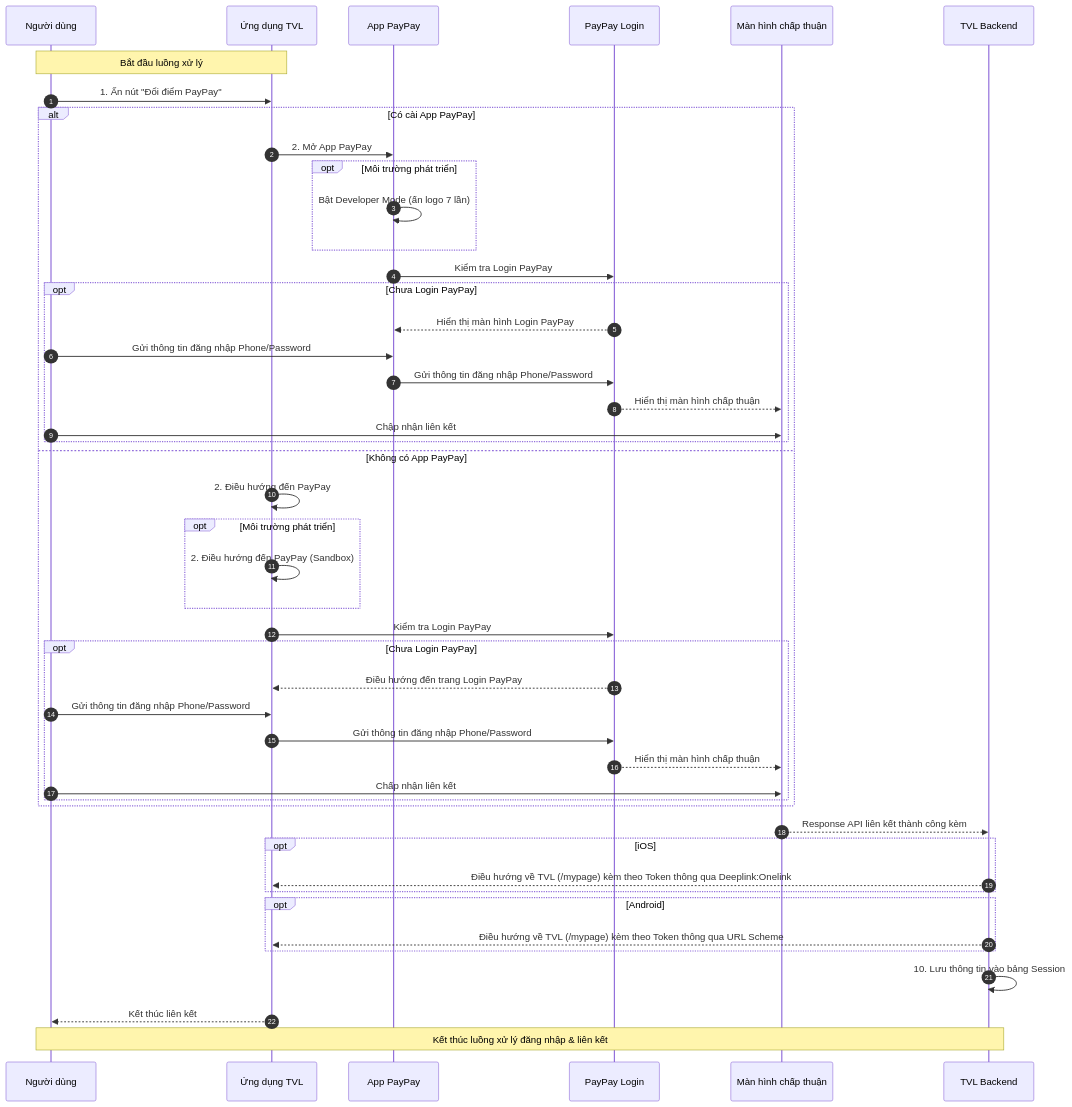
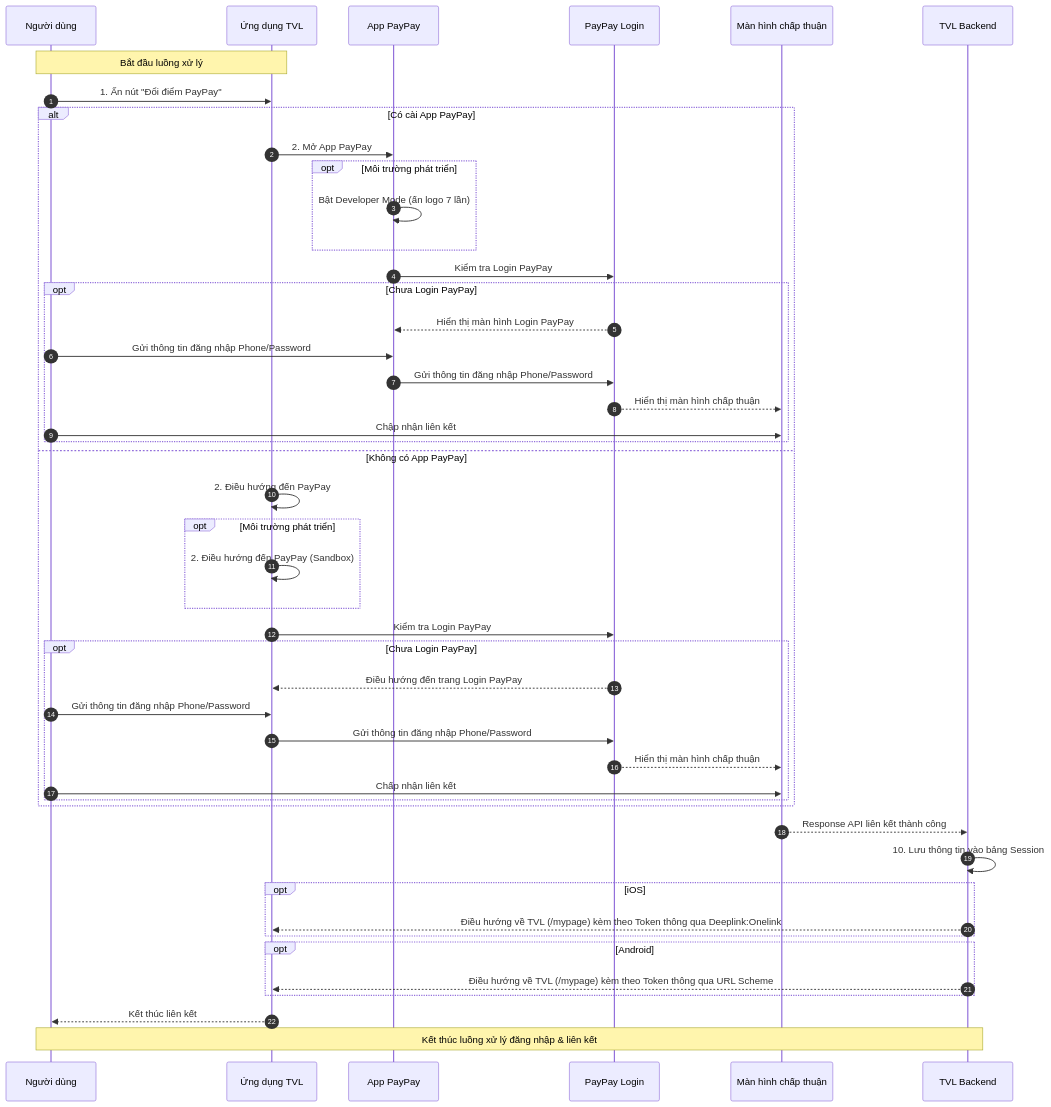
One commit to tuanvh262-zigexn/apw_documents changed the diagram in docs/points_exchange/paypay/[DOC]_paypay_login.md. Above: the diagram before and after it, drawn with Mermaid.

Commit message:
update step

````diff
--- a/docs/points_exchange/paypay/[DOC]_paypay_login.md
+++ b/docs/points_exchange/paypay/[DOC]_paypay_login.md
@@ -77,63 +77,66 @@
 ```mermaid
 sequenceDiagram
   autonumber
   participant User as Người dùng
   participant TVLApp as Ứng dụng TVL
   participant PayPayApp as App PayPay
   participant PayPayLogin as PayPay Login
   participant Consent as Màn hình chấp thuận
   participant TVLBE as TVL Backend
 
   Note over User,TVLApp: Bắt đầu luồng xử lý
 
   User->>TVLApp: 1. Ấn nút "Đổi điểm PayPay"
   alt Có cài App PayPay
     TVLApp->>PayPayApp: 2. Mở App PayPay
 
 
     opt Môi trường phát triển
       PayPayApp->>PayPayApp: Bật Developer Mode (ấn logo 7 lần)
+    end
 
-    end
     PayPayApp->>PayPayLogin: Kiểm tra Login PayPay
 
     opt Chưa Login PayPay
       PayPayLogin-->>PayPayApp: Hiển thị màn hình Login PayPay
       User->>PayPayApp: Gửi thông tin đăng nhập Phone/Password
       PayPayApp->>PayPayLogin: Gửi thông tin đăng nhập Phone/Password
       PayPayLogin-->>Consent: Hiển thị màn hình chấp thuận
       User->>Consent: Chập nhận liên kết
 
     end
 
   else Không có App PayPay
     TVLApp->>TVLApp: 2. Điều hướng đến PayPay
+
     opt Môi trường phát triển
       TVLApp->>TVLApp: 2. Điều hướng đến PayPay (Sandbox)
     end
+
     TVLApp->>PayPayLogin: Kiểm tra Login PayPay
 
     opt Chưa Login PayPay
       PayPayLogin-->>TVLApp: Điều hướng đến trang Login PayPay
       User->>TVLApp: Gửi thông tin đăng nhập Phone/Password
       TVLApp->>PayPayLogin: Gửi thông tin đăng nhập Phone/Password
       PayPayLogin-->>Consent: Hiển thị màn hình chấp thuận
       User->>Consent: Chấp nhận liên kết
     end
 
   end
-  Consent-->>TVLBE: Response API liên kết thành công kèm
+
+  Consent-->>TVLBE: Response API liên kết thành công
+  TVLBE->>TVLBE: 10. Lưu thông tin vào bảng Session
+
   opt iOS
-  TVLBE-->>TVLApp: Điều hướng về TVL (/mypage) kèm theo Token thông qua Deeplink:Onelink
-  end
-  opt Android
-  TVLBE-->>TVLApp: Điều hướng về TVL (/mypage) kèm theo Token thông qua URL Scheme
+    TVLBE-->>TVLApp: Điều hướng về TVL (/mypage) kèm theo Token thông qua Deeplink:Onelink
   end
 
-  TVLBE->>TVLBE: 10. Lưu thông tin vào bảng Session
+  opt Android
+    TVLBE-->>TVLApp: Điều hướng về TVL (/mypage) kèm theo Token thông qua URL Scheme
+  end
+
   TVLApp-->>User: Kết thúc liên kết
-
-
   Note over User,TVLBE: Kết thúc luồng xử lý đăng nhập & liên kết
 
 ```
````
